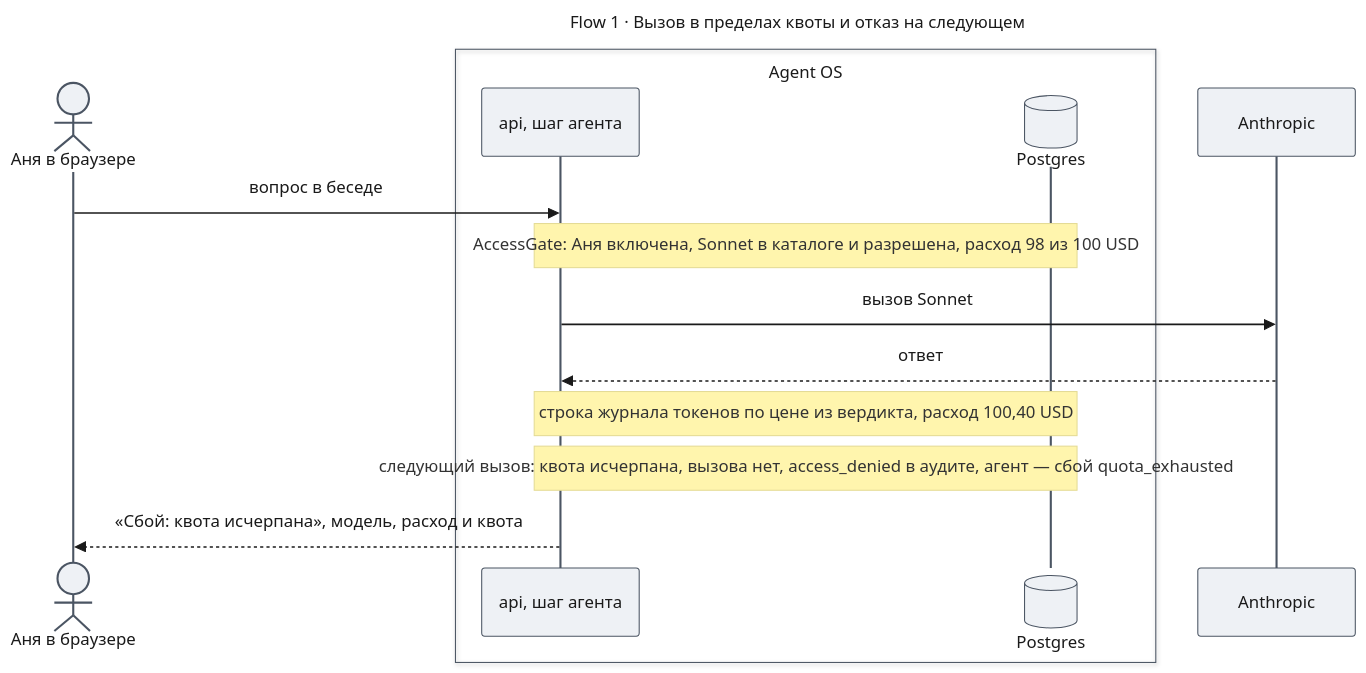
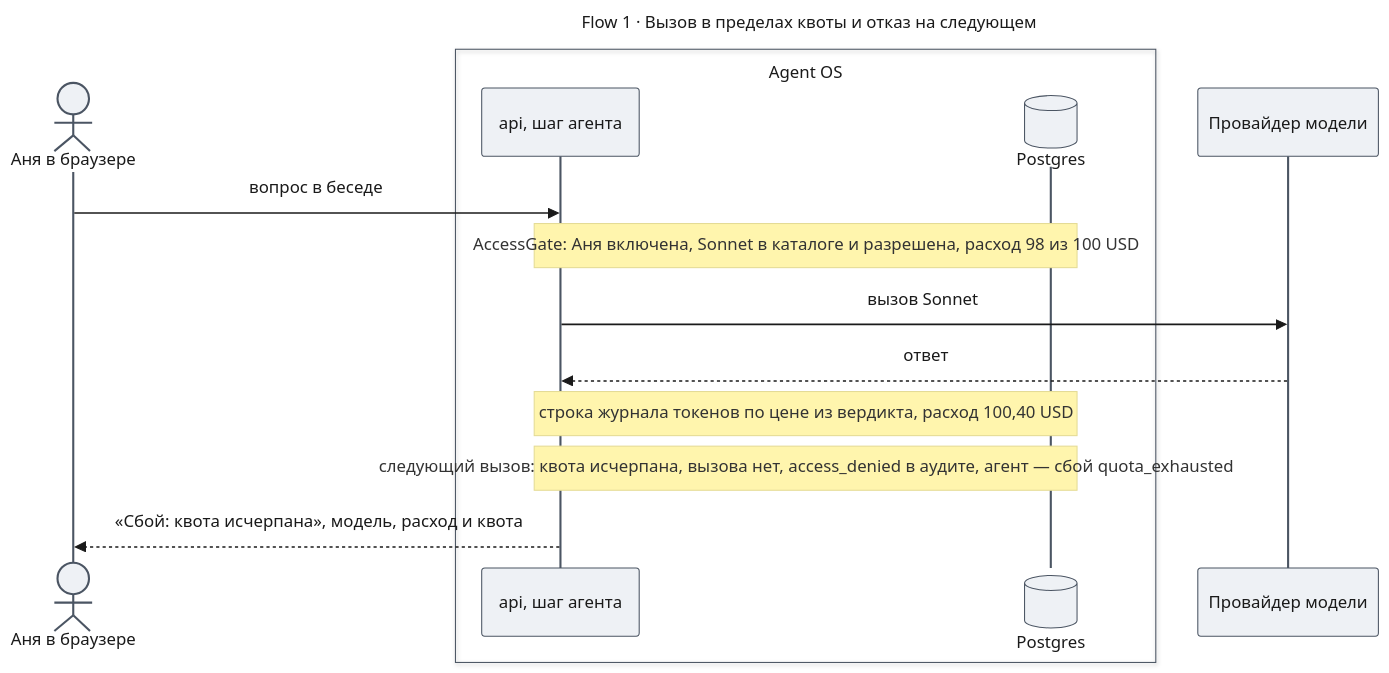
The fifth of 6 diagrams in docs/features/enterprise-access/design-access.md (tundraray/agent-os), drawn with Mermaid before and after one commit. The commit also changed other lines of this file and 1225 other files, not shown here.

````diff
--- a/docs/features/enterprise-access/design-access.md
+++ b/docs/features/enterprise-access/design-access.md
@@ -430,34 +397,34 @@
 ```mermaid
 ---
 title: "Flow 1 · Вызов в пределах квоты и отказ на следующем"
 config:
   theme: base
   look: classic
   themeVariables:
     primaryColor: "#eef1f5"
     primaryBorderColor: "#4b5563"
     primaryTextColor: "#1a1a1a"
     lineColor: "#6b7280"
   themeCSS: |
     @keyframes lit_af1{0%,22.5%{stroke:#991b1b;stroke-width:6px}25%,100%{stroke:#37474f;stroke-width:2px}}
     @keyframes litr_af1{0%,22.5%{stroke:#1d4ed8;stroke-width:6px}25%,100%{stroke:#37474f;stroke-width:2px}}
     .messageLine0[data-id='i0'],.messageLine1[data-id='i0']{animation:lit_af1 4.8s linear 0s infinite}
     .messageLine0[data-id='i2'],.messageLine1[data-id='i2']{animation:lit_af1 4.8s linear 1.2s infinite}
     .messageLine0[data-id='i3'],.messageLine1[data-id='i3']{animation:litr_af1 4.8s linear 2.4s infinite}
     .messageLine0[data-id='i6'],.messageLine1[data-id='i6']{animation:litr_af1 4.8s linear 3.6s infinite}
 ---
 sequenceDiagram
     actor U as Аня в браузере
     box Agent OS
     participant A as api, шаг агента
     participant DB@{ "type": "database" } as Postgres
     end
-    participant L as Anthropic
+    participant L as Провайдер модели
     U->>A: вопрос в беседе
     Note over A,DB: AccessGate: Аня включена, Sonnet в каталоге и разрешена, расход 98 из 100 USD
     A->>L: вызов Sonnet
     L-->>A: ответ
     Note over A,DB: строка журнала токенов по цене из вердикта, расход 100,40 USD
     Note over A,DB: следующий вызов: квота исчерпана, вызова нет, access_denied в аудите, агент — сбой quota_exhausted
     A-->>U: «Сбой: квота исчерпана», модель, расход и квота
 ```
````
